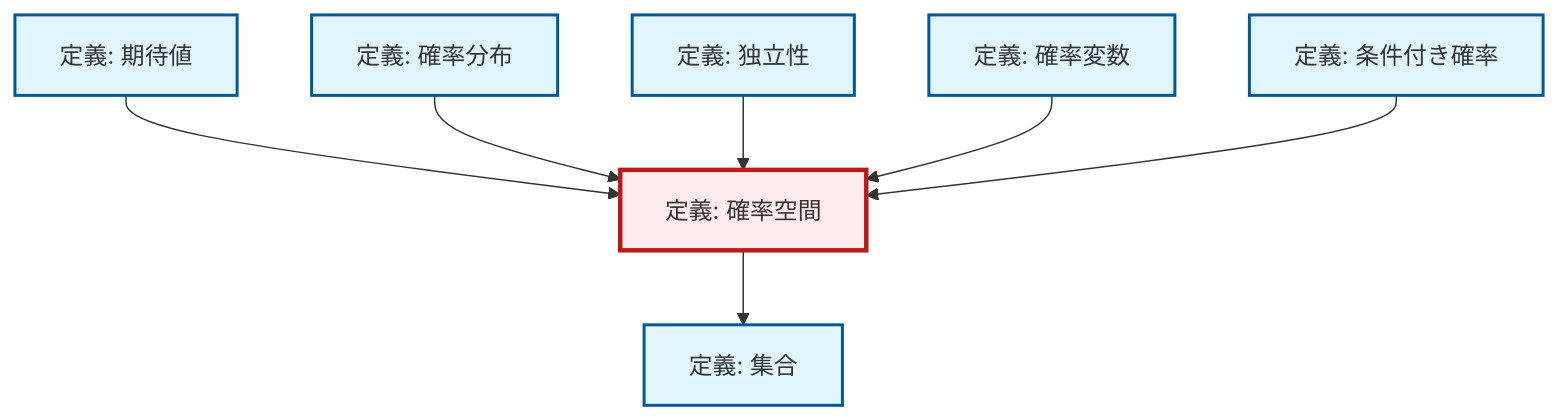
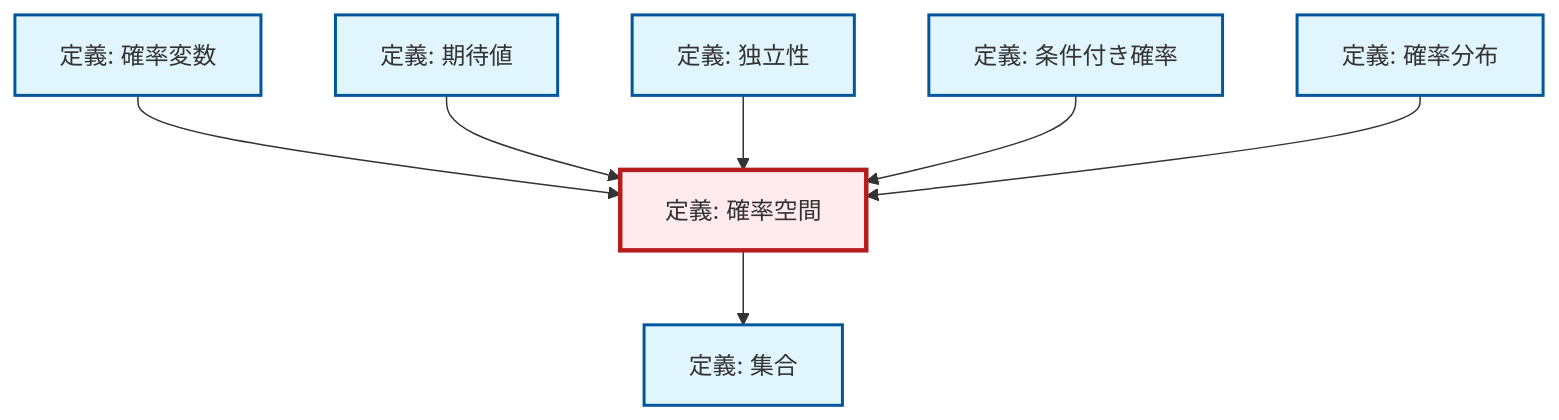
The diagram in content/ja/probability-statistics/def-probability-space.qmd (RK0429/ModernMath), drawn with Mermaid before and after one commit. The commit also changed other lines of this file and 1012 other files, not shown here.

````diff
--- a/content/ja/probability-statistics/def-probability-space.qmd
+++ b/content/ja/probability-statistics/def-probability-space.qmd
@@ -47,29 +47,29 @@
 ```{mermaid}
 %%| fig-cap: "Local dependency graph"
 graph TD
     classDef definition fill:#e1f5fe,stroke:#01579b,stroke-width:2px
     classDef theorem fill:#f3e5f5,stroke:#4a148c,stroke-width:2px
     classDef axiom fill:#fff3e0,stroke:#e65100,stroke-width:2px
     classDef example fill:#e8f5e9,stroke:#1b5e20,stroke-width:2px
     classDef current fill:#ffebee,stroke:#b71c1c,stroke-width:3px
+    def-probability-distribution["定義: 確率分布"]:::definition
     def-expectation["定義: 期待値"]:::definition
     def-conditional-probability["定義: 条件付き確率"]:::definition
     def-set["定義: 集合"]:::definition
     def-random-variable["定義: 確率変数"]:::definition
+    def-independence["定義: 独立性"]:::definition
     def-probability-space["定義: 確率空間"]:::definition
-    def-independence["定義: 独立性"]:::definition
-    def-probability-distribution["定義: 確率分布"]:::definition
+    def-random-variable --> def-probability-space
     def-expectation --> def-probability-space
+    def-probability-space --> def-set
+    def-independence --> def-probability-space
+    def-conditional-probability --> def-probability-space
     def-probability-distribution --> def-probability-space
-    def-independence --> def-probability-space
-    def-random-variable --> def-probability-space
-    def-probability-space --> def-set
-    def-conditional-probability --> def-probability-space
     class def-probability-space current
+    click def-probability-distribution "def-probability-distribution.html" "確率分布の定義へ"
     click def-expectation "def-expectation.html" "期待値の定義へ"
     click def-conditional-probability "def-conditional-probability.html" "条件付き確率の定義へ"
     click def-set "def-set.html" "集合の定義へ"
     click def-random-variable "def-random-variable.html" "確率変数の定義へ"
     click def-independence "def-independence.html" "独立性の定義へ"
-    click def-probability-distribution "def-probability-distribution.html" "確率分布の定義へ"
 ```
````
